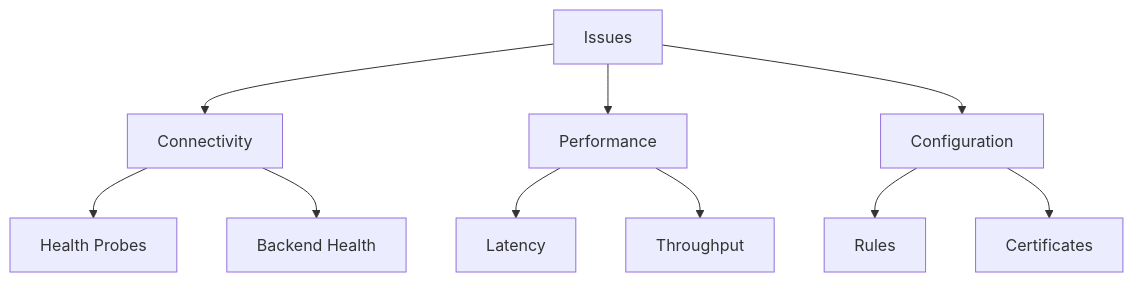
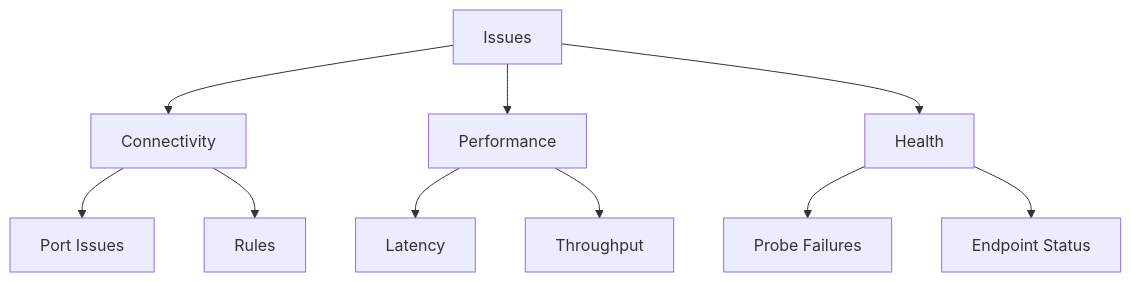
Diagram 17 of 18 in src/azure/az-104/Load_Balancing.md (saravanakumarrc/Architecture_Journey), drawn with Mermaid before and after one commit. The commit also changed other lines of this file and 6 other files, not shown here.

````diff
--- a/src/azure/az-104/Load_Balancing.md
+++ b/src/azure/az-104/Load_Balancing.md
@@ -248,15 +278,15 @@
 ```mermaid
 graph TB
     A[Issues] --> B[Connectivity]
     A --> C[Performance]
-    A --> D[Configuration]
+    A --> D[Health]
     
-    B --> E[Health Probes]
-    B --> F[Backend Health]
+    B --> E[Port Issues]
+    B --> F[Rules]
     
     C --> G[Latency]
     C --> H[Throughput]
     
-    D --> I[Rules]
-    D --> J[Certificates]
+    D --> I[Probe Failures]
+    D --> J[Endpoint Status]
 ```
````
